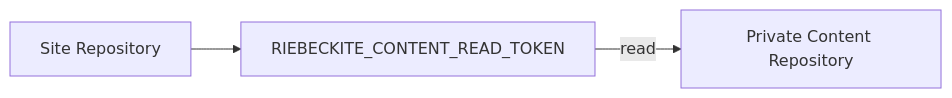
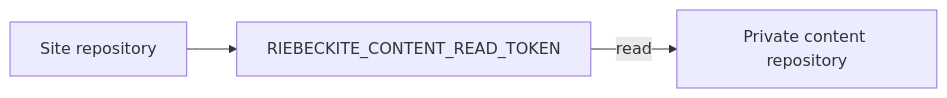
The ninth of 11 diagrams in docs/docs/guides/deployment/github-actions.md (Rerurate514/riebeckite), drawn with Mermaid before and after one commit. The commit also changed other lines of this file and 604 other files, not shown here.

````diff
--- a/docs/docs/guides/deployment/github-actions.md
+++ b/docs/docs/guides/deployment/github-actions.md
@@ -582,9 +528,9 @@
-```mermaid id="bhq18h"
+```mermaid
 flowchart LR
-    Site["Site Repository"]
+    Site["Site repository"]
     Token["RIEBECKITE_CONTENT_READ_TOKEN"]
-    Content["Private Content Repository"]
+    Content["Private content repository"]
 
     Site --> Token
     Token -->|"read"| Content
 ```
````
